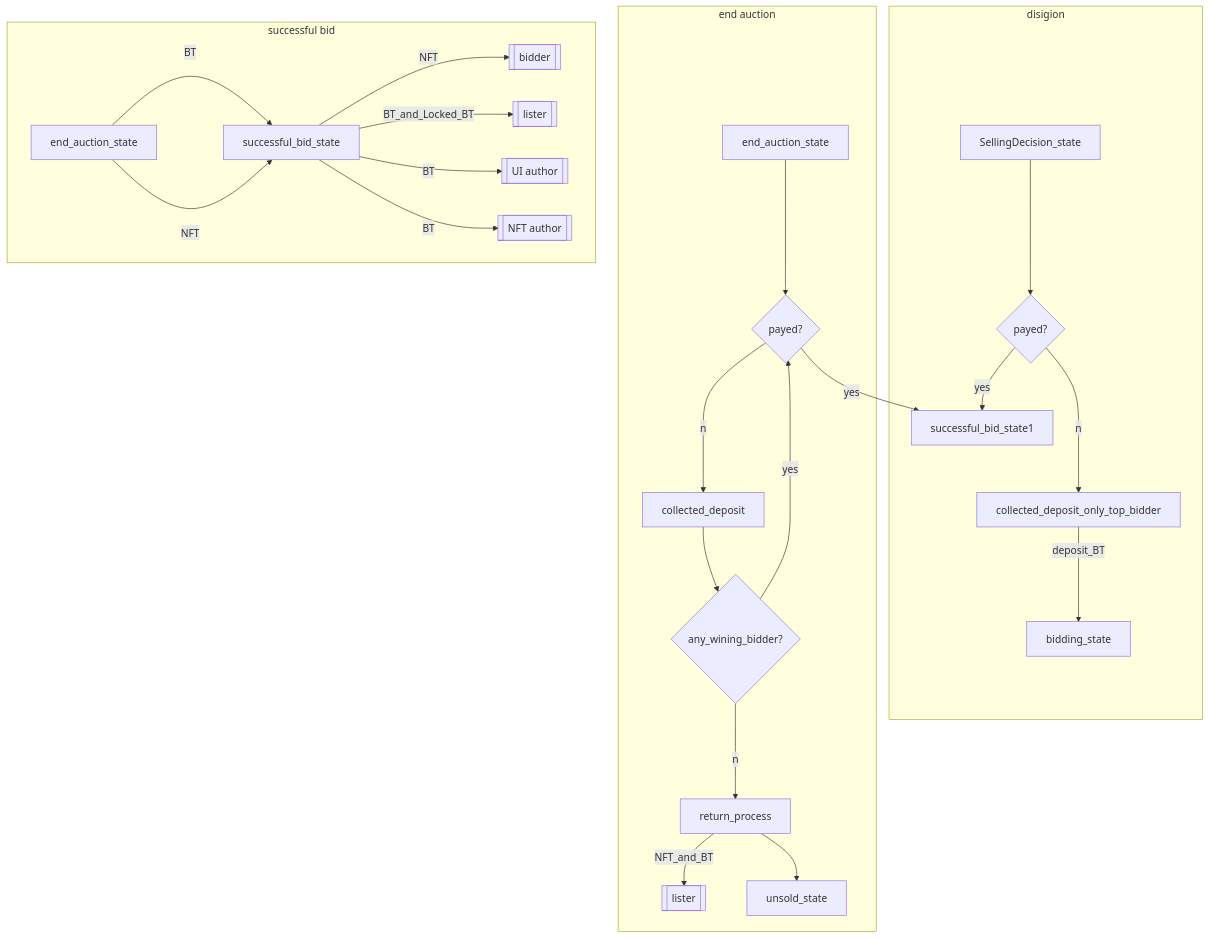
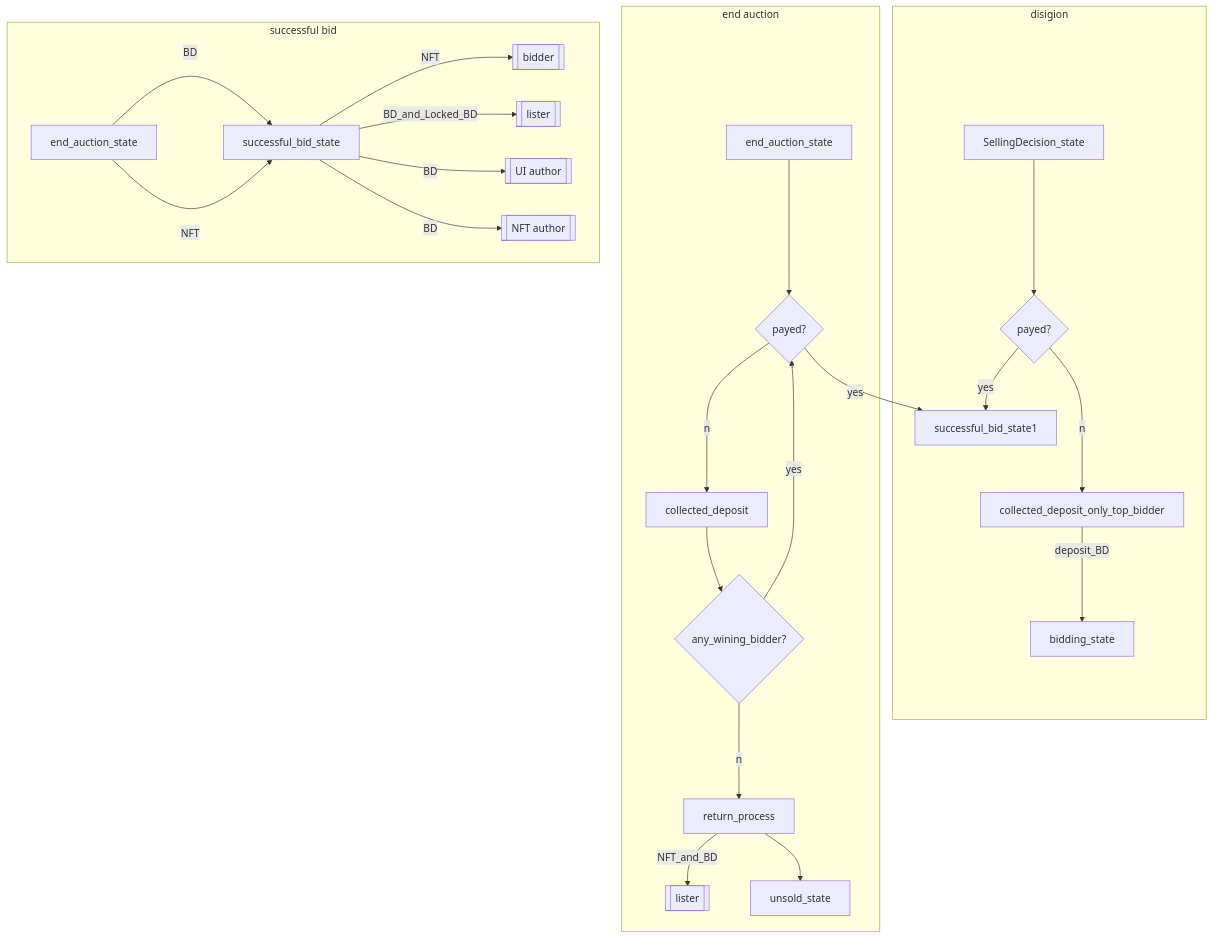
The seventh of 7 diagrams in x/nftmarket/spec/03_auction_state.md (UnUniFi/chain), drawn with Mermaid before and after one commit. The commit also changed other lines of this file and 3 other files, not shown here.

Commit message:
modify: rename bidding token to bid denom

````diff
--- a/x/nftmarket/spec/03_auction_state.md
+++ b/x/nftmarket/spec/03_auction_state.md
@@ -174,37 +174,37 @@
 ```mermaid
 flowchart TD
 
 subgraph disigion
 	SellingDecision_state --> check_pay_only_top_bidder{payed?}
 	check_pay_only_top_bidder  --yes--> successful_bid_state1
 	check_pay_only_top_bidder  --no--> collected_deposit_only_top_bidder
-	collected_deposit_only_top_bidder --deposit_BT--> bidding_state
+	collected_deposit_only_top_bidder --deposit_BD--> bidding_state
 end
 
 subgraph end auction
 	lister2[[lister]]
 	successful_bid_state1[successful_bid_state1]
 	end_auction_state  --> check_pay{payed?}
 	check_pay  --yes--> successful_bid_state1
 	check_pay  --no--> collected_deposit
 	collected_deposit --> check_wining_bidder{any_wining_bidder?}
 	check_wining_bidder --yes--> check_pay
 	check_wining_bidder --no--> return_process
-	return_process --NFT_and_BT--> lister2
+	return_process --NFT_and_BD--> lister2
 	return_process --> unsold_state
 end
 
 subgraph successful bid
 	bidder3[[bidder]]
 	lister3[[lister]]
 	NFT_author[[NFT author]]
 	UI_author[[UI author]]
 	end_auction_state3[end_auction_state]
-	end_auction_state3  --BT--> successful_bid_state
+	end_auction_state3  --BD--> successful_bid_state
 	end_auction_state3  --NFT--> successful_bid_state
-	successful_bid_state  --BT_and_Locked_BT--> lister3
-  successful_bid_state  --BT--> UI_author
-	successful_bid_state  --BT--> NFT_author
+	successful_bid_state  --BD_and_Locked_BD--> lister3
+  successful_bid_state  --BD--> UI_author
+	successful_bid_state  --BD--> NFT_author
 	successful_bid_state  --NFT--> bidder3
 end
 ```
````
